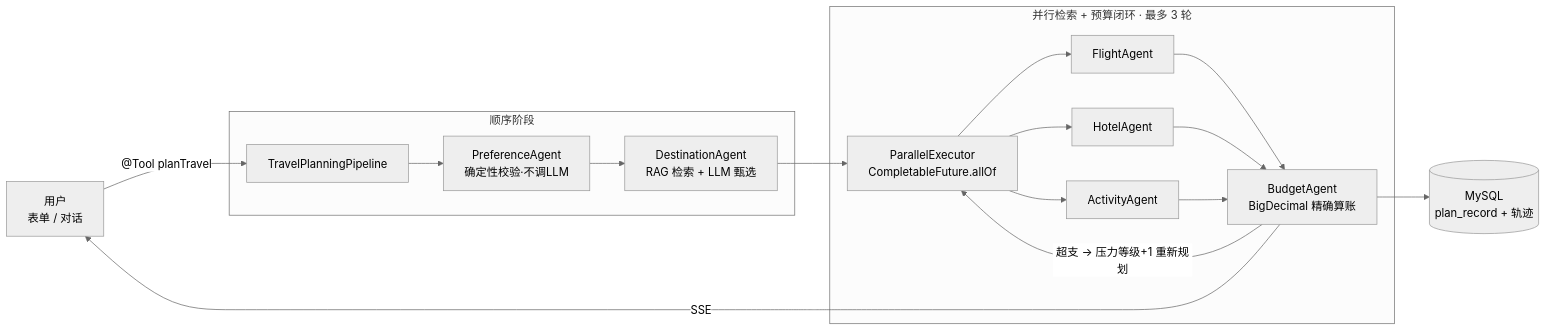
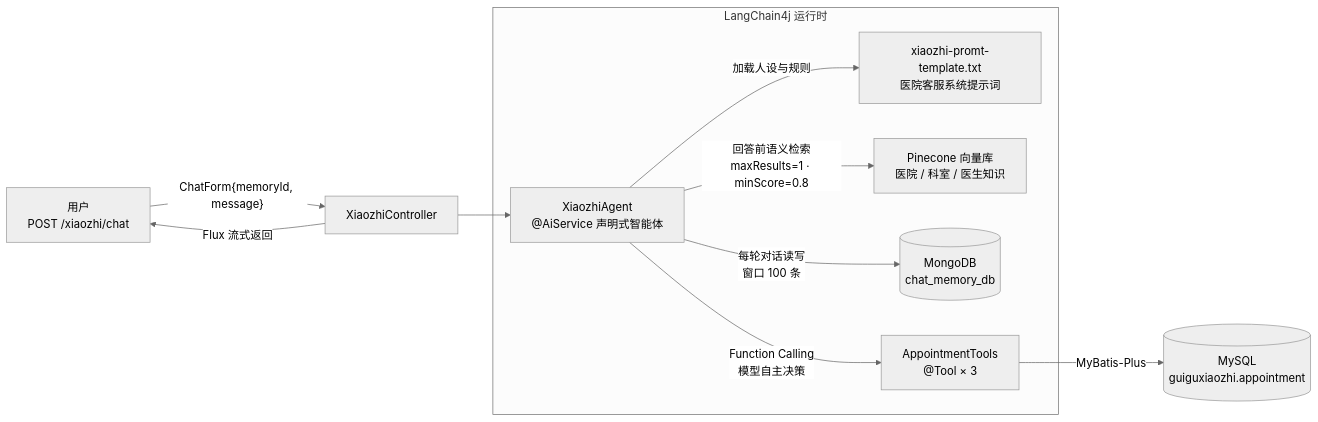
Before and after one commit to AnzhiTingcber/xiaozhiApp: the diagram in README.md, drawn with Mermaid (neutral theme). The commit also changed other lines of this file, not shown here.

````diff
--- a/README.md
+++ b/README.md
@@ -47,16 +36,15 @@
 ```mermaid
 flowchart LR
-    U["用户<br/>表单 / 对话"] -->|"@Tool planTravel"| P["TravelPlanningPipeline"]
-    subgraph SEQ ["顺序阶段"]
-        P --> PA["PreferenceAgent<br/>确定性校验·不调LLM"]
-        PA --> DA["DestinationAgent<br/>RAG 检索 + LLM 甄选"]
+    U["用户<br/>POST /xiaozhi/chat"] -->|"ChatForm{memoryId, message}"| C["XiaozhiController"]
+    C -->|"Flux 流式返回"| U
+    C --> A["XiaozhiAgent<br/>@AiService 声明式智能体"]
+
+    subgraph LC["LangChain4j 运行时"]
+        A -->|"加载人设与规则"| PT["xiaozhi-promt-template.txt<br/>医院客服系统提示词"]
+        A -->|"回答前语义检索<br/>maxResults=1 · minScore=0.8"| RAG["Pinecone 向量库<br/>医院 / 科室 / 医生知识"]
+        A -->|"每轮对话读写<br/>窗口 100 条"| MEM[("MongoDB<br/>chat_memory_db")]
+        A -->|"Function Calling<br/>模型自主决策"| TOOLS["AppointmentTools<br/>@Tool × 3"]
     end
-    DA --> PE
-    subgraph LOOP ["并行检索 + 预算闭环 · 最多 3 轮"]
-        PE["ParallelExecutor<br/>CompletableFuture.allOf"] --> FA["FlightAgent"] & HA["HotelAgent"] & AA["ActivityAgent"]
-        FA & HA & AA --> BA["BudgetAgent<br/>BigDecimal 精确算账"]
-        BA -->|"超支 → 压力等级+1 重新规划"| PE
-    end
-    BA --> DB[("MySQL<br/>plan_record + 轨迹")]
-    BA -->|"SSE"| U
+
+    TOOLS -->|"MyBatis-Plus"| DB[("MySQL<br/>guiguxiaozhi.appointment")]
 ```
````
